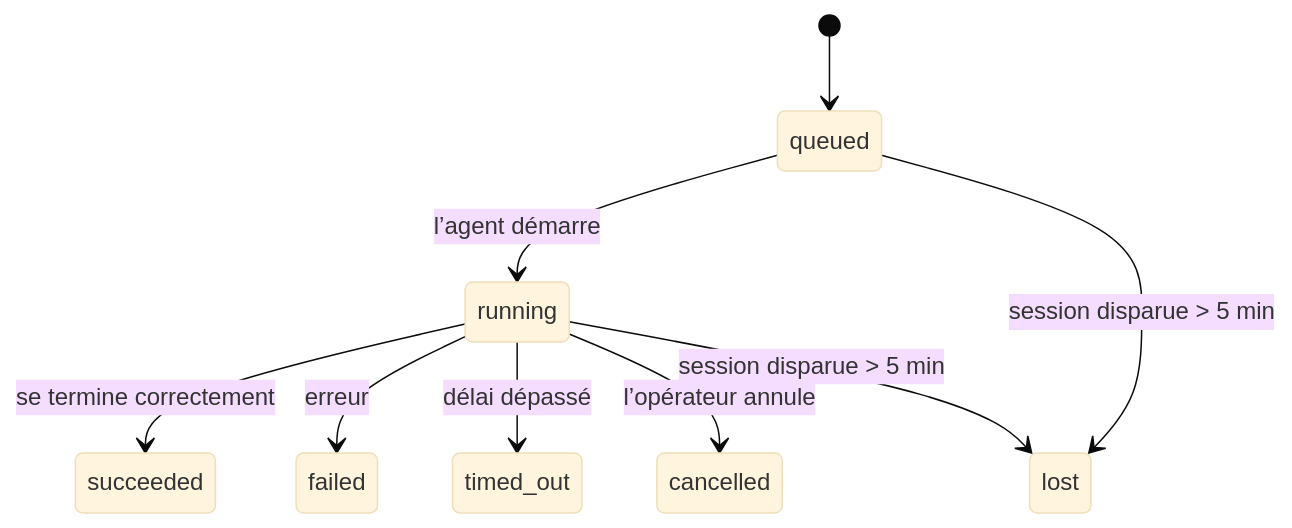
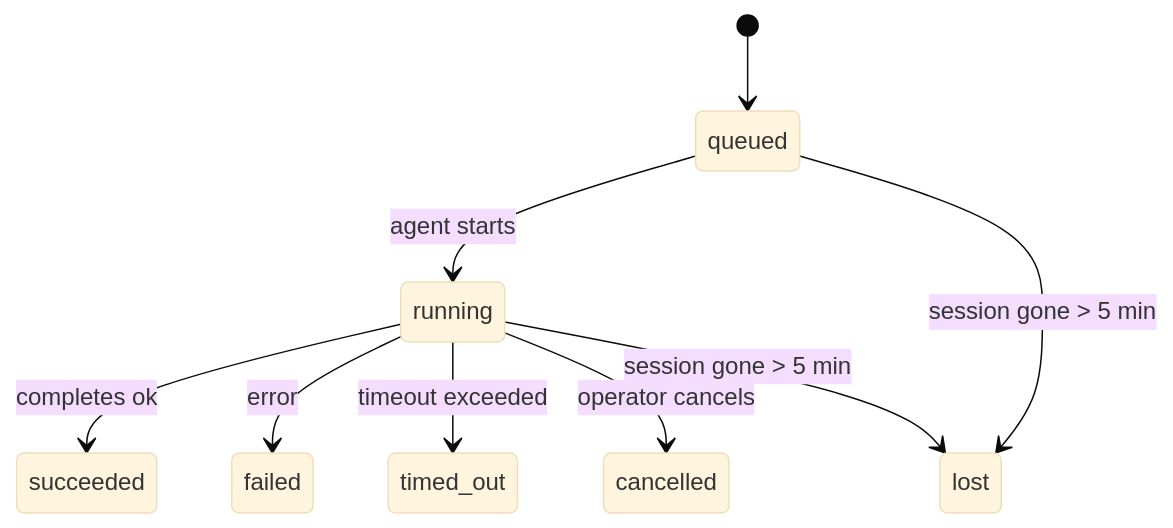
One commit to daichangya/openclaw-docs changed the diagram in docs/fr/automation/tasks.md. Above: the diagram before and after it, drawn with Mermaid (base theme). The commit also changed other lines of this file and 48 other files, not shown here.

````diff
--- a/docs/fr/automation/tasks.md
+++ b/docs/fr/automation/tasks.md
@@ -99,11 +99,11 @@
 ```mermaid
 stateDiagram-v2
     [*] --> queued
-    queued --> running : l’agent démarre
-    running --> succeeded : se termine correctement
-    running --> failed : erreur
-    running --> timed_out : délai dépassé
-    running --> cancelled : l’opérateur annule
-    queued --> lost : session disparue > 5 min
-    running --> lost : session disparue > 5 min
+    queued --> running : agent starts
+    running --> succeeded : completes ok
+    running --> failed : error
+    running --> timed_out : timeout exceeded
+    running --> cancelled : operator cancels
+    queued --> lost : session gone > 5 min
+    running --> lost : session gone > 5 min
 ```
````
